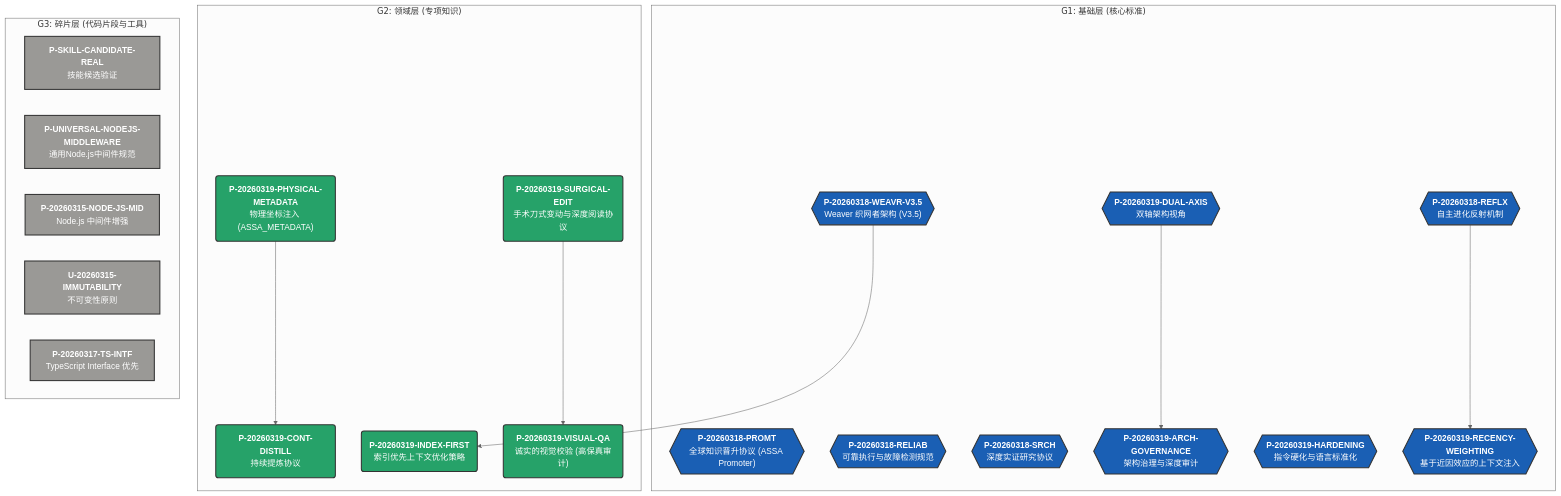
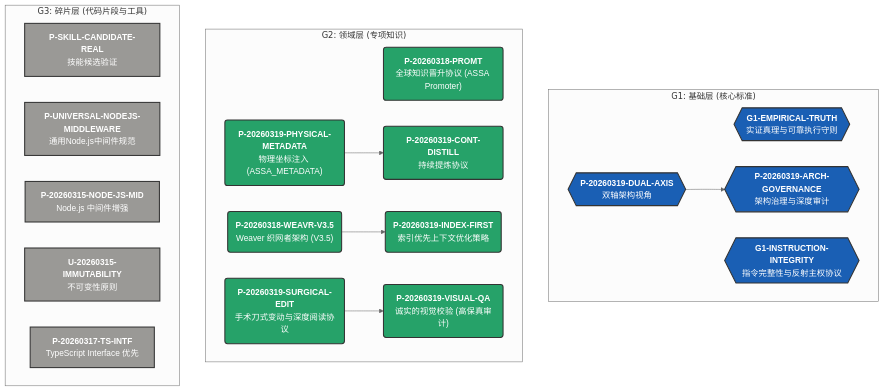
One commit to Biogod2020/ASSA changed the second of 2 diagrams in README_CN.md. Above: the diagram before and after it, drawn with Mermaid (neutral theme). The commit also changed 3 other files, not shown here.

````diff
--- a/README_CN.md
+++ b/README_CN.md
@@ -61,41 +61,37 @@
 ```mermaid
 graph TD
   subgraph G1 ["G1: 基础层 (核心标准)"]
-    P_20260318_PROMT{{"<b>P-20260318-PROMT</b><br/>全球知识晋升协议 (ASSA Promoter)"}}
-    P_20260318_REFLX{{"<b>P-20260318-REFLX</b><br/>自主进化反射机制"}}
-    P_20260318_RELIAB{{"<b>P-20260318-RELIAB</b><br/>可靠执行与故障检测规范"}}
-    P_20260318_SRCH{{"<b>P-20260318-SRCH</b><br/>深度实证研究协议"}}
-    P_20260318_WEAVR_V3_5{{"<b>P-20260318-WEAVR-V3.5</b><br/>Weaver 织网者架构 (V3.5)"}}
+    G1_EMPIRICAL_TRUTH{{"<b>G1-EMPIRICAL-TRUTH</b><br/>实证真理与可靠执行守则"}}
+    G1_INSTRUCTION_INTEGRITY{{"<b>G1-INSTRUCTION-INTEGRITY</b><br/>指令完整性与反射主权协议"}}
     P_20260319_ARCH_GOVERNANCE{{"<b>P-20260319-ARCH-GOVERNANCE</b><br/>架构治理与深度审计"}}
     P_20260319_DUAL_AXIS{{"<b>P-20260319-DUAL-AXIS</b><br/>双轴架构视角"}}
-    P_20260319_HARDENING{{"<b>P-20260319-HARDENING</b><br/>指令硬化与语言标准化"}}
-    P_20260319_RECENCY_WEIGHTING{{"<b>P-20260319-RECENCY-WEIGHTING</b><br/>基于近因效应的上下文注入"}}
   end
   subgraph G2 ["G2: 领域层 (专项知识)"]
+    P_20260318_PROMT("<b>P-20260318-PROMT</b><br/>全球知识晋升协议 (ASSA Promoter)")
+    P_20260318_WEAVR_V3_5("<b>P-20260318-WEAVR-V3.5</b><br/>Weaver 织网者架构 (V3.5)")
     P_20260319_CONT_DISTILL("<b>P-20260319-CONT-DISTILL</b><br/>持续提炼协议")
     P_20260319_INDEX_FIRST("<b>P-20260319-INDEX-FIRST</b><br/>索引优先上下文优化策略")
     P_20260319_PHYSICAL_METADATA("<b>P-20260319-PHYSICAL-METADATA</b><br/>物理坐标注入 (ASSA_METADATA)")
     P_20260319_SURGICAL_EDIT("<b>P-20260319-SURGICAL-EDIT</b><br/>手术刀式变动与深度阅读协议")
     P_20260319_VISUAL_QA("<b>P-20260319-VISUAL-QA</b><br/>诚实的视觉校验 (高保真审计)")
   end
   subgraph G3 ["G3: 碎片层 (代码片段与工具)"]
     P_SKILL_CANDIDATE_REAL["<b>P-SKILL-CANDIDATE-REAL</b><br/>技能候选验证"]
     P_UNIVERSAL_NODEJS_MIDDLEWARE["<b>P-UNIVERSAL-NODEJS-MIDDLEWARE</b><br/>通用Node.js中间件规范"]
     P_20260315_NODE_JS_MID["<b>P-20260315-NODE-JS-MID</b><br/>Node.js 中间件增强"]
     U_20260315_IMMUTABILITY["<b>U-20260315-IMMUTABILITY</b><br/>不可变性原则"]
     P_20260317_TS_INTF["<b>P-20260317-TS-INTF</b><br/>TypeScript Interface 优先"]
   end
   P_20260319_DUAL_AXIS --> P_20260319_ARCH_GOVERNANCE
   P_20260319_PHYSICAL_METADATA --> P_20260319_CONT_DISTILL
   P_20260318_WEAVR_V3_5 --> P_20260319_INDEX_FIRST
-  P_20260318_REFLX --> P_20260319_RECENCY_WEIGHTING
   P_20260319_SURGICAL_EDIT --> P_20260319_VISUAL_QA
 
   %% Styling
   classDef style_G1 fill:#1a5fb4,stroke:#333,stroke-width:2px,color:#fff,font-family:Arial;
-  class P_20260318_PROMT,P_20260318_REFLX,P_20260318_RELIAB,P_20260318_SRCH,P_20260318_WEAVR_V3_5,P_20260319_ARCH_GOVERNANCE,P_20260319_DUAL_AXIS,P_20260319_HARDENING,P_20260319_RECENCY_WEIGHTING style_G1;
+  class G1_EMPIRICAL_TRUTH,G1_INSTRUCTION_INTEGRITY,P_20260319_ARCH_GOVERNANCE,P_20260319_DUAL_AXIS style_G1;
   classDef style_G2 fill:#26a269,stroke:#333,stroke-width:2px,color:#fff,font-family:Arial;
-  class P_20260319_CONT_DISTILL,P_20260319_INDEX_FIRST,P_20260319_PHYSICAL_METADATA,P_20260319_SURGICAL_EDIT,P_20260319_VISUAL_QA style_G2;
+  class P_20260318_PROMT,P_20260318_WEAVR_V3_5,P_20260319_CONT_DISTILL,P_20260319_INDEX_FIRST,P_20260319_PHYSICAL_METADATA,P_20260319_SURGICAL_EDIT,P_20260319_VISUAL_QA style_G2;
   classDef style_G3 fill:#9a9996,stroke:#333,stroke-width:2px,color:#fff,font-family:Arial;
   class P_SKILL_CANDIDATE_REAL,P_UNIVERSAL_NODEJS_MIDDLEWARE,P_20260315_NODE_JS_MID,U_20260315_IMMUTABILITY,P_20260317_TS_INTF style_G3;
 ```
````
